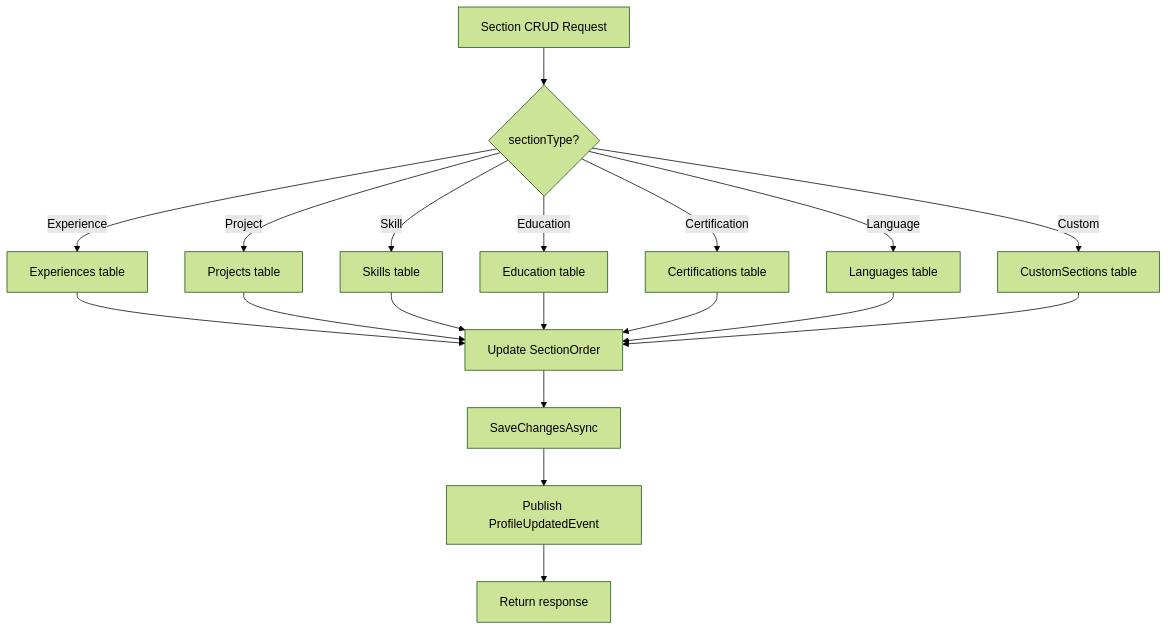
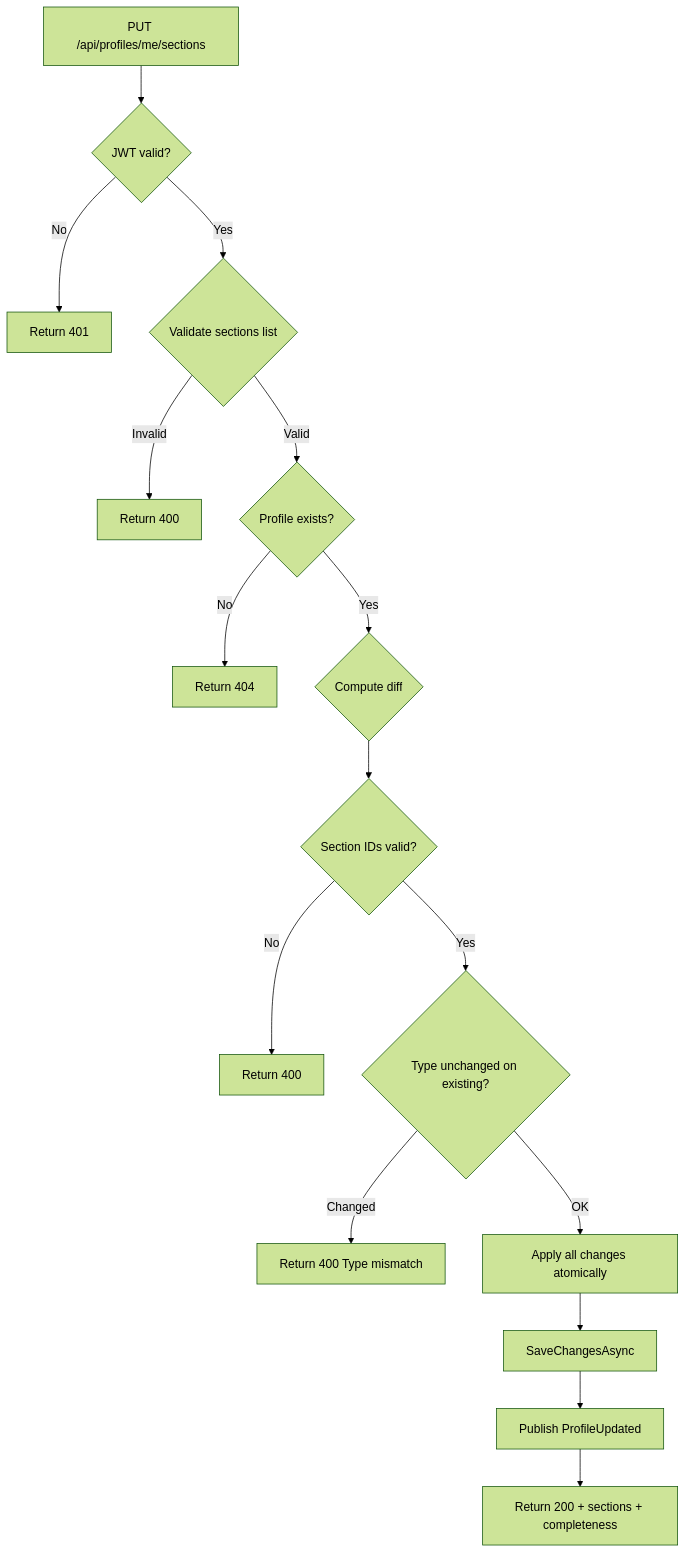
One commit to AbanoubPhelopos/TailorCV changed the second of 2 diagrams in docs/features/profile/section-crud.md. Above: the diagram before and after it, drawn with Mermaid (forest theme). The commit also changed other lines of this file and 12 other files, not shown here.

````diff
--- a/docs/features/profile/section-crud.md
+++ b/docs/features/profile/section-crud.md
@@ -418,23 +285,18 @@
 ```mermaid
 flowchart TD
-    A[Section CRUD Request] --> B{sectionType?}
-    B -->|Experience| C1[Experiences table]
-    B -->|Project| C2[Projects table]
-    B -->|Skill| C3[Skills table]
-    B -->|Education| C4[Education table]
-    B -->|Certification| C5[Certifications table]
-    B -->|Language| C6[Languages table]
-    B -->|Custom| C7[CustomSections table]
-
-    C1 --> D[Update SectionOrder]
-    C2 --> D
-    C3 --> D
-    C4 --> D
-    C5 --> D
-    C6 --> D
-    C7 --> D
-
-    D --> E[SaveChangesAsync]
-    E --> F[Publish ProfileUpdatedEvent]
-    F --> G[Return response]
+    A[PUT /api/profiles/me/sections] --> B{JWT valid?}
+    B -->|No| C[Return 401]
+    B -->|Yes| D{Validate sections list}
+    D -->|Invalid| E[Return 400]
+    D -->|Valid| F{Profile exists?}
+    F -->|No| G[Return 404]
+    F -->|Yes| H{Compute diff}
+    H --> I{Section IDs valid?}
+    I -->|No| J[Return 400]
+    I -->|Yes| K{Type unchanged on existing?}
+    K -->|Changed| L[Return 400 Type mismatch]
+    K -->|OK| M[Apply all changes atomically]
+    M --> N[SaveChangesAsync]
+    N --> O[Publish ProfileUpdated]
+    O --> P[Return 200 + sections + completeness]
 ```
````
